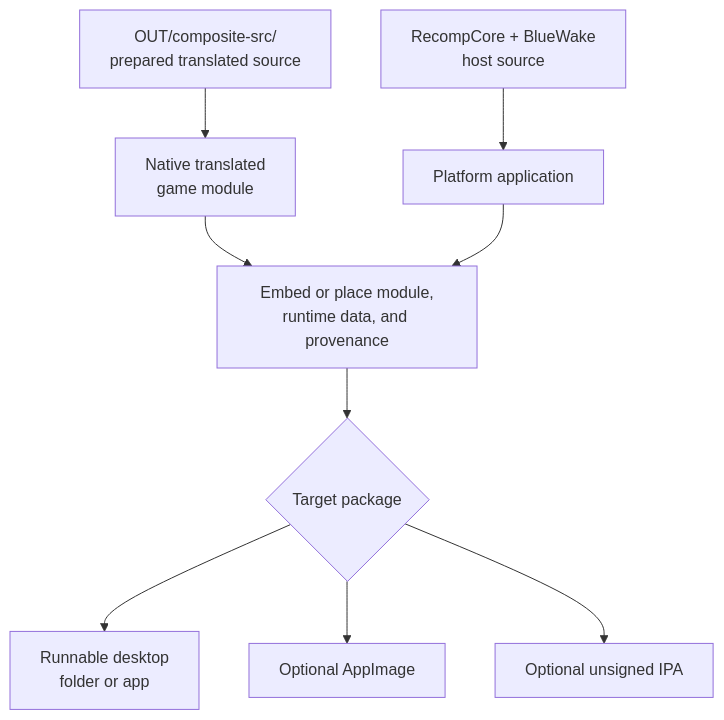
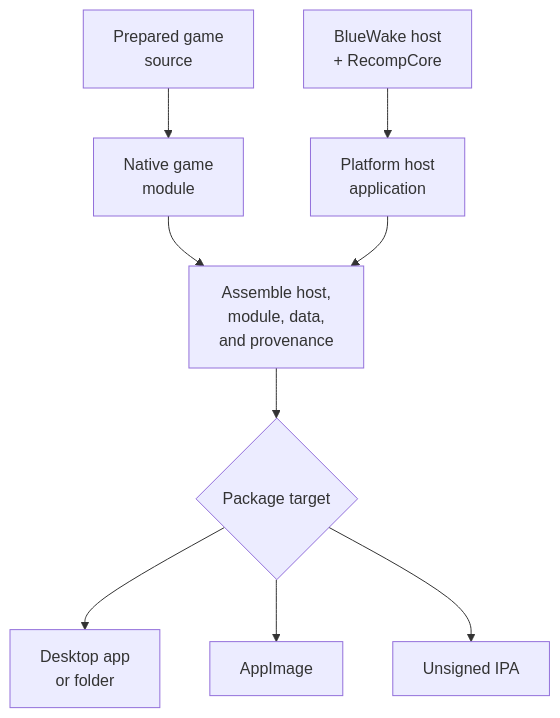
Before and after one commit to Aelbannan/boat_of_daphnes: the tenth of 10 diagrams in docs/architecture/Build.md, drawn with Mermaid. The commit also changed other lines of this file, not shown here.

Commit message:
docs: shorten Mermaid node labels

````diff
--- a/docs/architecture/Build.md
+++ b/docs/architecture/Build.md
@@ -498,20 +498,20 @@
 ```mermaid
 flowchart TD
-    Composite["OUT/composite-src/<br/>prepared translated source"]
-    Runtime["RecompCore + BlueWake<br/>host source"]
-    Module["Native translated<br/>game module"]
-    Host["Platform application"]
-    Assemble["Embed or place module,<br/>runtime data, and provenance"]
-    Package{"Target package"}
-    Desktop["Runnable desktop<br/>folder or app"]
-    AppImage["Optional AppImage"]
-    IPA["Optional unsigned IPA"]
+    Composite["Prepared game<br/>source"]
+    Runtime["BlueWake host<br/>+ RecompCore"]
+    Module["Native game<br/>module"]
+    Host["Platform host<br/>application"]
+    Assemble["Assemble host,<br/>module, data,<br/>and provenance"]
+    Package{"Package target"}
+    Desktop["Desktop app<br/>or folder"]
+    AppImage["AppImage"]
+    IPA["Unsigned IPA"]
 
     Composite --> Module
     Runtime --> Host
     Module --> Assemble
     Host --> Assemble --> Package
     Package --> Desktop
     Package --> AppImage
     Package --> IPA
 ```
````
